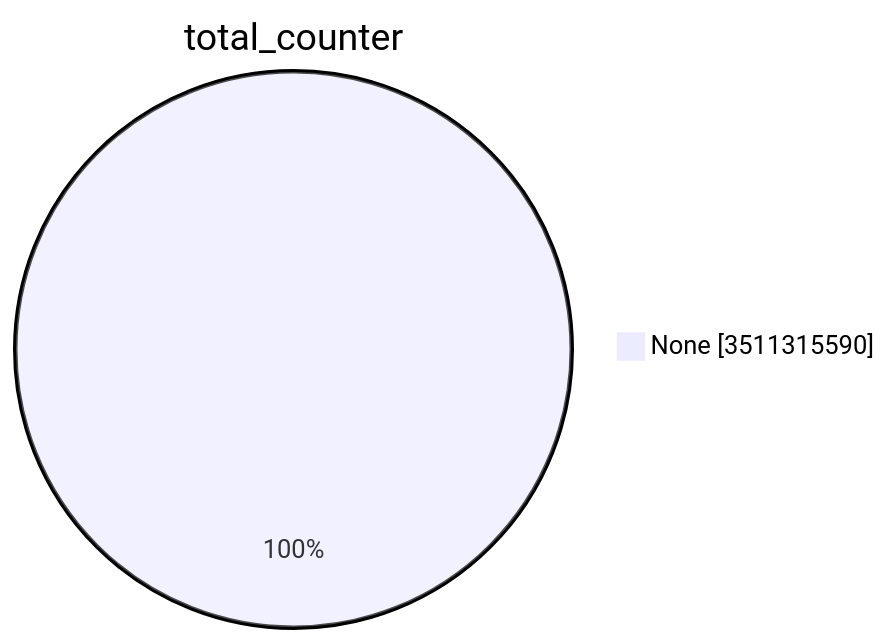
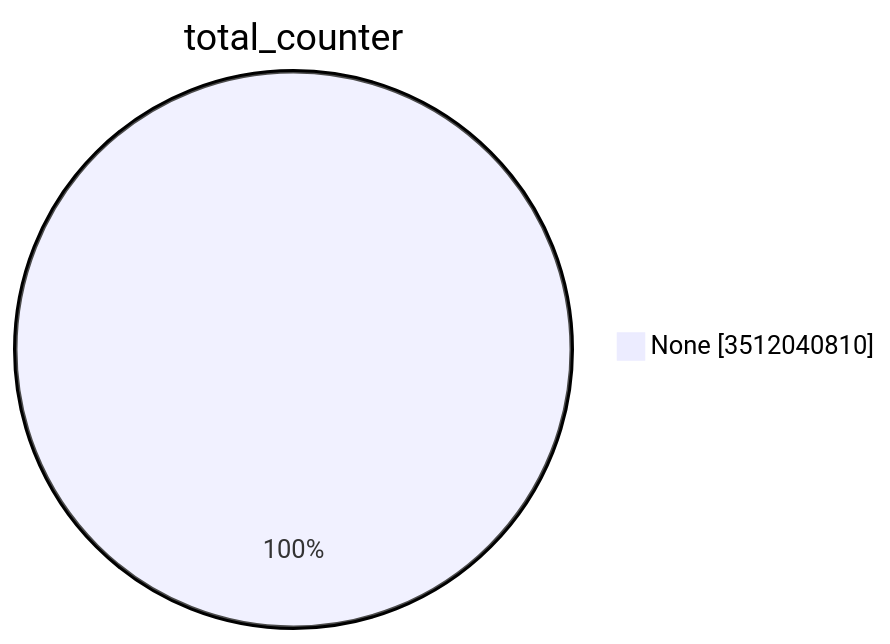
One commit to christiankrug/ctmonitor_visualization changed the first of 15 diagrams in TOTAL/README.md. Above: the diagram before and after it, drawn with Mermaid. The commit also changed other lines of this file, not shown here.

````diff
--- a/TOTAL/README.md
+++ b/TOTAL/README.md
@@ -1,5 +1,5 @@
 ```mermaid
 pie showData
 title total_counter
-"None" :3511315590
+"None" :3512040810
 ```
````
